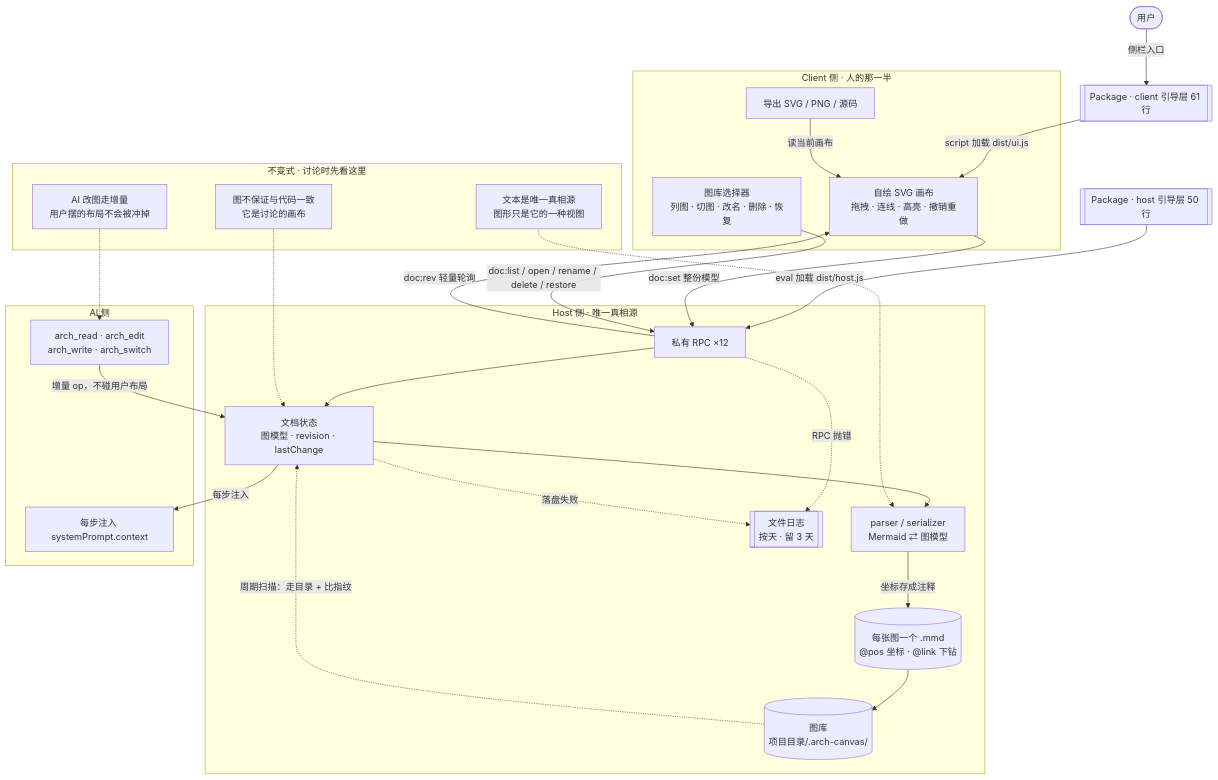
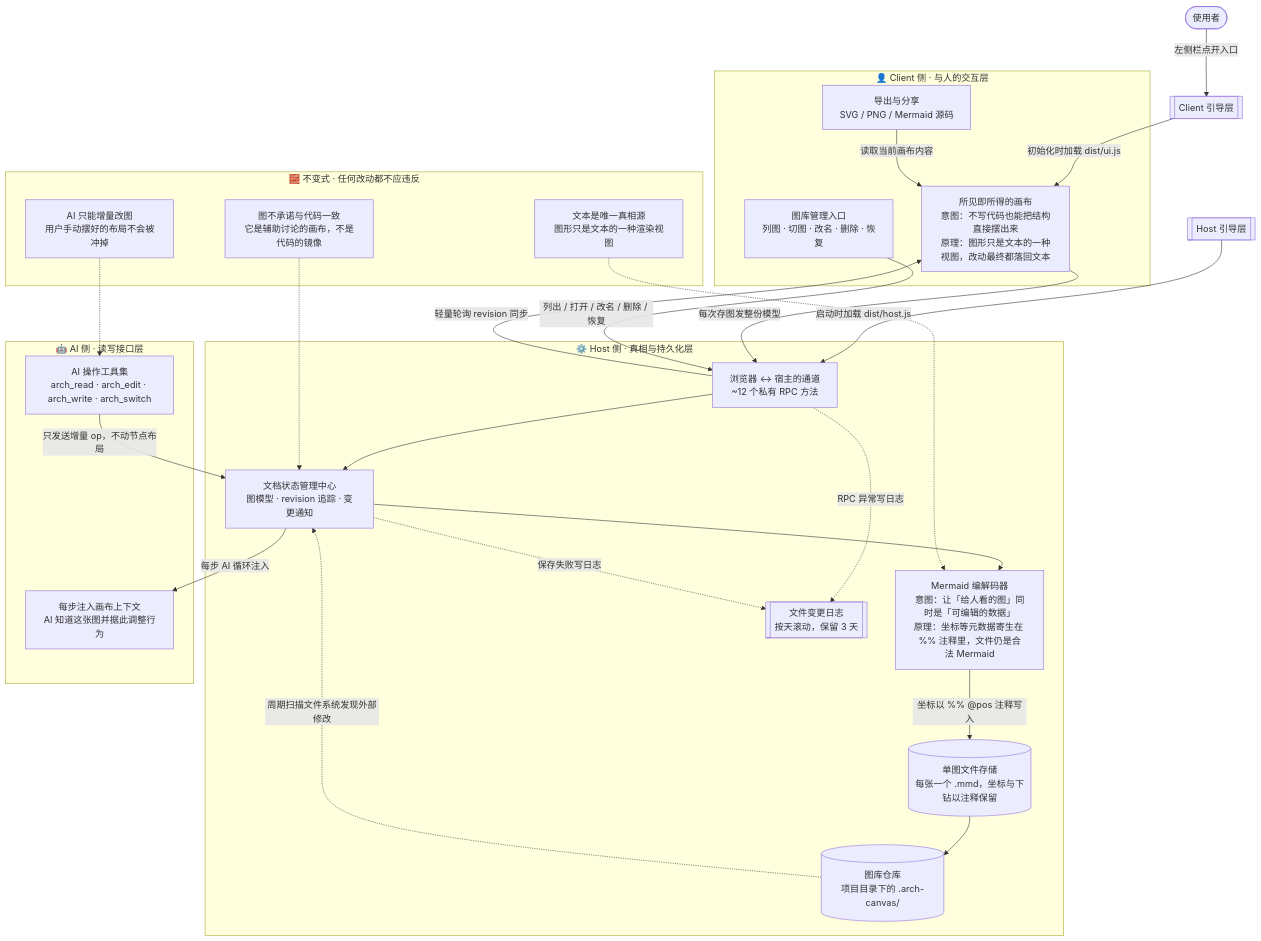
The diagram in .arch-canvas/architecture.mmd (vesita/arch-canvas), drawn with Mermaid before and after one commit. The commit also changed 8 other files, not shown here.

First line of the commit message:
feat: 节点卡片（标题/意图/原理/引用）+ 源码页高亮与解析诊断

```diff
--- a/.arch-canvas/architecture.mmd
+++ b/.arch-canvas/architecture.mmd
@@ -1,66 +1,82 @@
-%% arch-canvas —— 由「架构画布」面板与 AI 共同维护
-%% @pos <节点id> <x> <y> 是画布坐标注释，@link <节点id> <图名> 是下钻到另一张图；
-%% @note <节点id> <文本> 是用户留给 AI 的注释，@done 是同一件事但已解决；
-%% 以上对 Mermaid 渲染都无任何影响，可忽略或手改
+%% arch-canvas —— 由「架构画布」面板与 AI 共同维护（`%%!` 开头的是格式说明，不是图的内容）
+%%! @summary <一句话> 这张图讲的是什么 —— 会随每一步注入给 AI
+%%! @pos <节点id> <x> <y> 是画布坐标注释，@link <节点id> <图名> 是下钻到另一张图
+%%! @note <节点id> <文本> 是用户留给 AI 的注释，@done 是同一件事但已解决
+%%! @file <节点id> <路径> 是这个节点对应的源码文件（可带 #符号），一个节点可多条
+%%! 以上对 Mermaid 渲染都无任何影响，可忽略或手改
+%% @summary "架构画布（AC）的逻辑框架：三侧协作（Client 交互 / Host 状态管理 / AI 读写）与核心不变式"
 %% @pos canvas 463 -447
-%% @pos picker 650 -536
+%% @pos picker 772 -513
 %% @pos exp 454 -290
-%% @pos rpc 1026 -172
+%% @pos rpc 1149 -204
 %% @pos doc 1044 -67
-%% @pos parser 737 -35
+%% @pos parser 737 -36
 %% @pos lib 892 170
 %% @pos file 752 76
 %% @pos alog 1330 60
 %% @pos prompt 1378 227
-%% @pos tools 1174 335
+%% @pos tools 1141 312
 %% @pos i1 422 10
 %% @pos i2 420 -118
 %% @pos i3 431 155
 %% @pos human 65 -147
 %% @pos bootC 62 -327
-%% @pos bootH 1107 -493
+%% @pos bootH 1159 -442
+%% @note human "你能看到这里吗，我们先测试一下功能"
+%% @file canvas "src/client/studio.ts"
+%% @file picker "src/client/runtime.ts"
+%% @file exp "src/client/register.ts"
+%% @file rpc "src/package/host.ts#35;apply"
+%% @file doc "src/host/document.ts"
+%% @file lib "."
+%% @file file "src/host/document.ts#35;persist"
+%% @file alog "src/host/log.ts"
+%% @file prompt "src/host/plugin.ts#35;promptText"
+%% @file tools "src/host/plugin.ts#35;onTool"
+%% @file bootC "src/bootstrap/client.ts"
+%% @file bootH "src/bootstrap/host.ts"
 flowchart TD
-  subgraph cl["Client 侧 · 人的那一半"]
-    canvas["自绘 SVG 画布<br/>拖拽 · 连线 · 高亮 · 撤销重做"]
-    picker["图库选择器<br/>列图 · 切图 · 改名 · 删除 · 恢复"]
-    exp["导出 SVG / PNG / 源码"]
+  subgraph cl["👤 Client 侧 · 与人的交互层"]
+    canvas["所见即所得的画布<br/>意图：不写代码也能把结构直接摆出来<br/>原理：图形只是文本的一种视图，改动最终都落回文本"]
+    picker["图库管理入口<br/>列图 · 切图 · 改名 · 删除 · 恢复"]
+    exp["导出与分享<br/>SVG / PNG / Mermaid 源码"]
   end
-  subgraph hs["Host 侧 · 唯一真相源"]
-    rpc["私有 RPC ×12"]
-    doc["文档状态<br/>图模型 · revision · lastChange"]
-    parser["parser / serializer<br/>Mermaid ⇄ 图模型"]
-    lib[("图库<br/>项目目录/.arch-canvas/")]
-    file[("每张图一个 .mmd<br/>@pos 坐标 · @link 下钻")]
-    alog[["文件日志<br/>按天 · 留 3 天"]]
+  subgraph hs["⚙️ Host 侧 · 真相与持久化层"]
+    rpc["浏览器 #60;-> 宿主的通道<br/>~12 个私有 RPC 方法"]
+    doc["文档状态管理中心<br/>图模型 · revision 追踪 · 变更通知"]
+    parser["Mermaid 编解码器<br/>意图：让「给人看的图」同时是「可编辑的数据」<br/>原理：坐标等元数据寄生在 %% 注释里，文件仍是合法 Mermaid"]
+    lib[("图库仓库<br/>项目目录下的 .arch-canvas/")]
+    file[("单图文件存储<br/>每张一个 .mmd，坐标与下钻以注释保留")]
+    alog[["文件变更日志<br/>按天滚动，保留 3 天"]]
   end
-  subgraph ai["AI 侧"]
-    prompt["每步注入 systemPrompt.context"]
-    tools["arch_read · arch_edit<br/>arch_write · arch_switch"]
+  subgraph ai["🤖 AI 侧 · 读写接口层"]
+    prompt["每步注入画布上下文<br/>AI 知道这张图并据此调整行为"]
+    tools["AI 操作工具集<br/>arch_read · arch_edit · arch_write · arch_switch"]
   end
-  subgraph inv["不变式 · 讨论时先看这里"]
-    i1["文本是唯一真相源<br/>图形只是它的一种视图"]
-    i2["图不保证与代码一致<br/>它是讨论的画布"]
-    i3["AI 改图走增量<br/>用户摆的布局不会被冲掉"]
+  subgraph inv["🧱 不变式 · 任何改动都不应违反"]
+    i1["文本是唯一真相源<br/>图形只是文本的一种渲染视图"]
+    i2["图不承诺与代码一致<br/>它是辅助讨论的画布，不是代码的镜像"]
+    i3["AI 只能增量改图<br/>用户手动摆好的布局不会被冲掉"]
   end
-  human(["用户"])
-  bootC[["Package · client 引导层 61 行"]]
-  bootH[["Package · host 引导层 50 行"]]
-  human -->|"侧栏入口"| bootC
-  bootC -->|"script 加载 dist/ui.js"| canvas
-  bootH -->|"eval 加载 dist/host.js"| rpc
-  canvas -->|"doc:set 整份模型"| rpc
-  rpc -->|"doc:rev 轻量轮询"| canvas
-  picker -->|"doc:list / open / rename / delete / restore"| rpc
-  exp -->|"读当前画布"| canvas
+  human(["使用者"])
+  bootC[["Client 引导层"]]
+  bootH[["Host 引导层"]]
+  human -->|"左侧栏点开入口"| bootC
+  bootC -->|"初始化时加载 dist/ui.js"| canvas
+  bootH -->|"启动时加载 dist/host.js"| rpc
+  canvas -->|"每次存图发整份模型"| rpc
+  rpc -->|"轻量轮询 revision 同步"| canvas
+  picker -->|"列出 / 打开 / 改名 / 删除 / 恢复"| rpc
+  exp -->|"读取当前画布内容"| canvas
   rpc --> doc
   doc --> parser
-  parser -->|"坐标存成注释"| file
+  parser -->|"坐标以 %% @pos 注释写入"| file
   file --> lib
-  lib -.->|"周期扫描：走目录 + 比指纹"| doc
-  rpc -.->|"RPC 抛错"| alog
-  doc -.->|"落盘失败"| alog
-  doc -->|"每步注入"| prompt
-  tools -->|"增量 op，不碰用户布局"| doc
+  lib -.->|"周期扫描文件系统发现外部修改"| doc
+  rpc -.->|"RPC 异常写日志"| alog
+  doc -.->|"保存失败写日志"| alog
+  doc -->|"每步 AI 循环注入"| prompt
+  tools -->|"只发送增量 op，不动节点布局"| doc
   i1 -.-> parser
   i2 -.-> doc
   i3 -.-> tools
```
